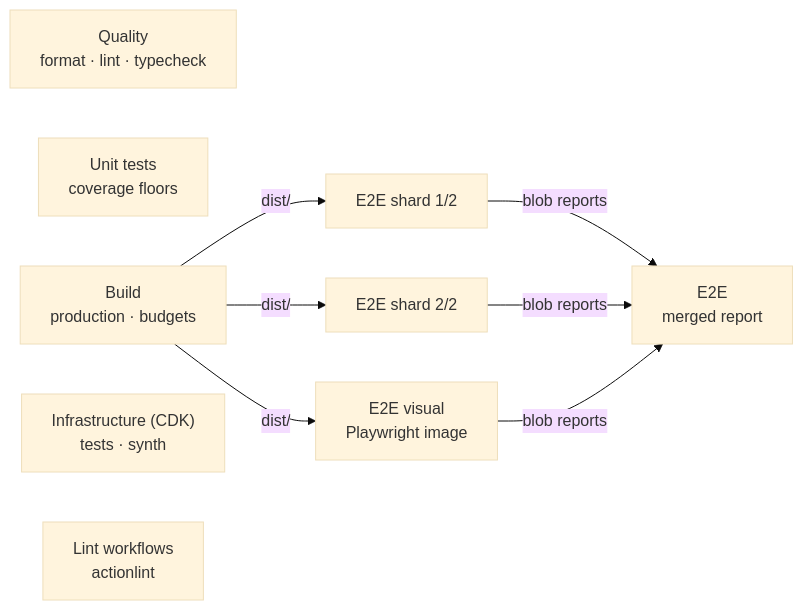
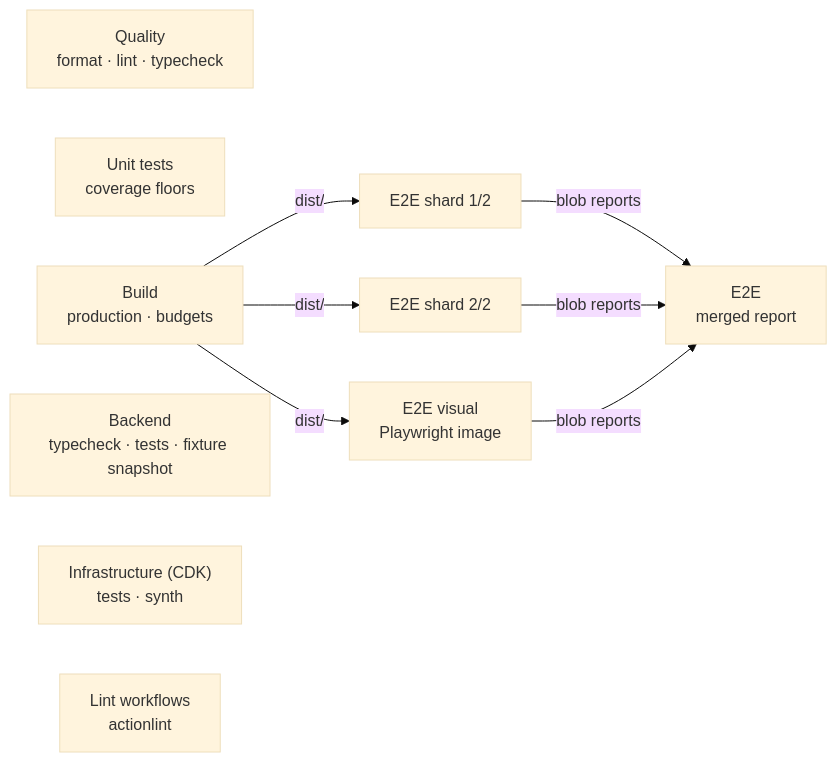
Before and after one commit to jamesablue/glassy: the second of 2 diagrams in docs/testing.md, drawn with Mermaid (base theme). The commit also changed other lines of this file and 55 other files, not shown here.

First line of the commit message:
feat(backend): add the forecast ingest package and shared snapshot contract (#47)

````diff
--- a/docs/testing.md
+++ b/docs/testing.md
@@ -154,14 +166,15 @@
 ```mermaid
 flowchart LR
   quality["Quality<br/>format · lint · typecheck"]
   unit["Unit tests<br/>coverage floors"]
   build["Build<br/>production · budgets"]
   shard1["E2E shard 1/2"]
   shard2["E2E shard 2/2"]
   visual["E2E visual<br/>Playwright image"]
   report["E2E<br/>merged report"]
+  backend["Backend<br/>typecheck · tests · fixture snapshot"]
   infra["Infrastructure (CDK)<br/>tests · synth"]
   actionlint["Lint workflows<br/>actionlint"]
   build -- dist/ --> shard1 & shard2 & visual
   shard1 & shard2 & visual -- blob reports --> report
 ```
````
